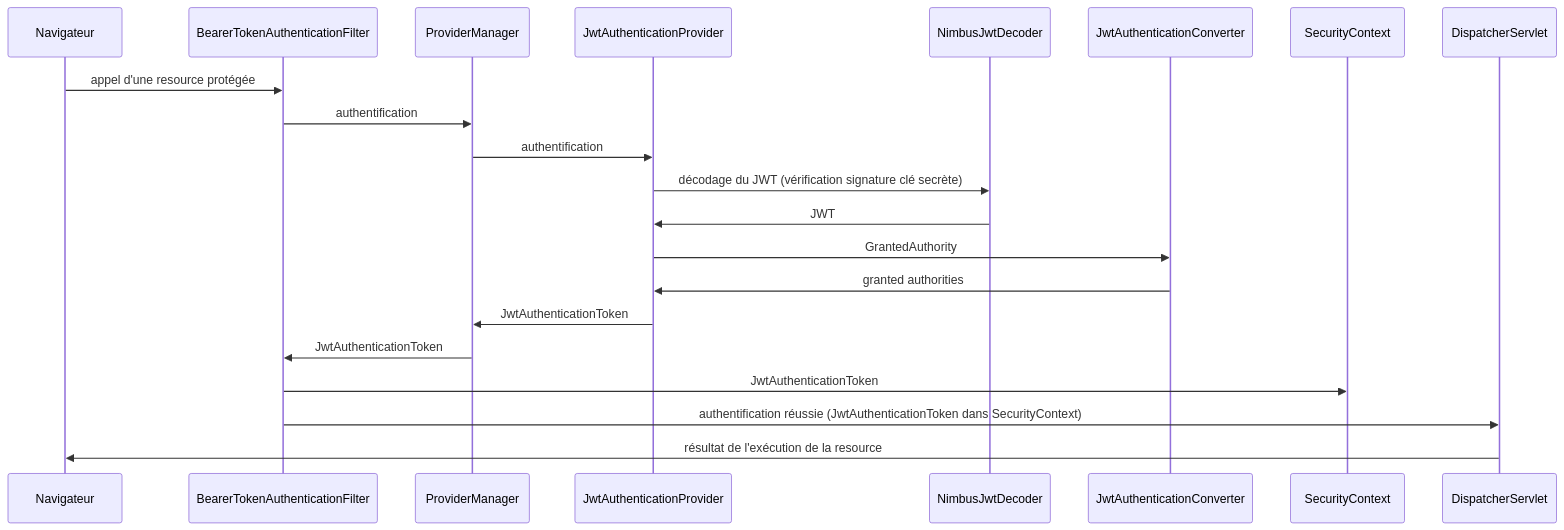
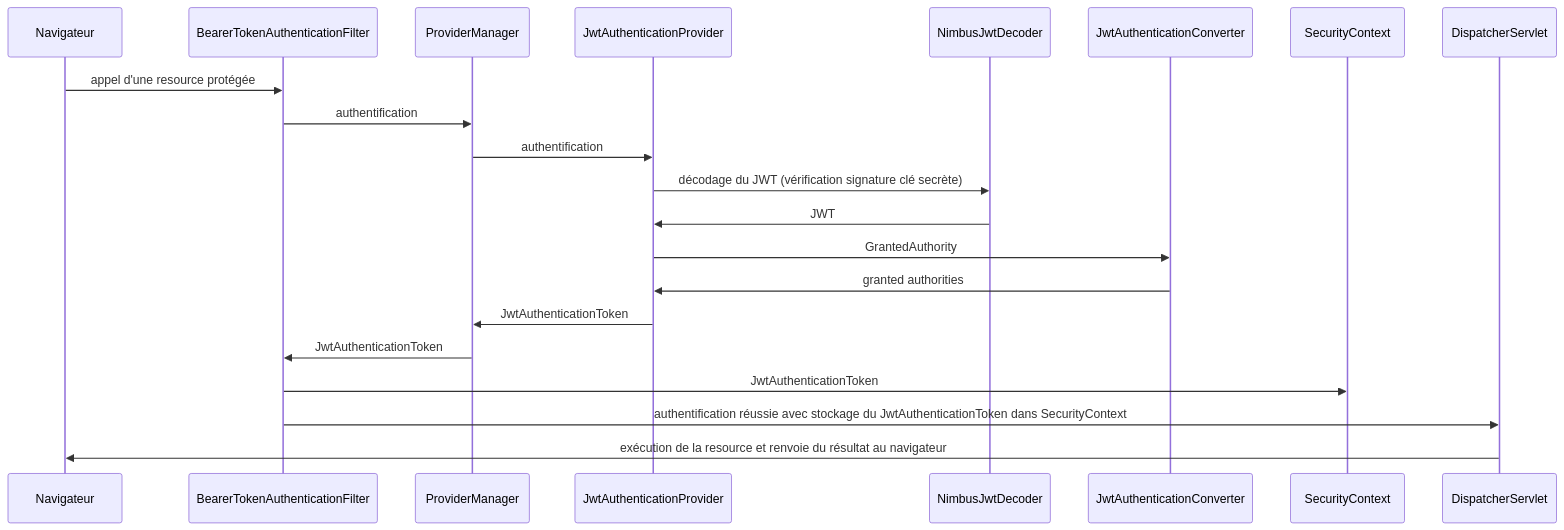
Before and after one commit to frigaux/api-cotations-boursieres: the second of 4 diagrams in README.md, drawn with Mermaid.

Commit message:
Mise à jour du diagramme de séquence dans le README.md

````diff
--- a/README.md
+++ b/README.md
@@ -33,15 +33,15 @@
 ```mermaid
   sequenceDiagram
     Navigateur->>BearerTokenAuthenticationFilter: appel d'une resource protégée
     BearerTokenAuthenticationFilter->>ProviderManager: authentification
     ProviderManager->>JwtAuthenticationProvider: authentification
     JwtAuthenticationProvider->>NimbusJwtDecoder: décodage du JWT (vérification signature clé secrète)
     NimbusJwtDecoder->>JwtAuthenticationProvider: JWT
     JwtAuthenticationProvider->>JwtAuthenticationConverter: GrantedAuthority
     JwtAuthenticationConverter->>JwtAuthenticationProvider: granted authorities
     JwtAuthenticationProvider->>ProviderManager: JwtAuthenticationToken
     ProviderManager->>BearerTokenAuthenticationFilter: JwtAuthenticationToken
     BearerTokenAuthenticationFilter->>SecurityContext: JwtAuthenticationToken
-    BearerTokenAuthenticationFilter->>DispatcherServlet: authentification réussie (JwtAuthenticationToken dans SecurityContext)
-    DispatcherServlet->>Navigateur: résultat de l'exécution de la resource
+    BearerTokenAuthenticationFilter->>DispatcherServlet: authentification réussie avec stockage du JwtAuthenticationToken dans SecurityContext
+    DispatcherServlet->>Navigateur: exécution de la resource et renvoie du résultat au navigateur
 ```
````
